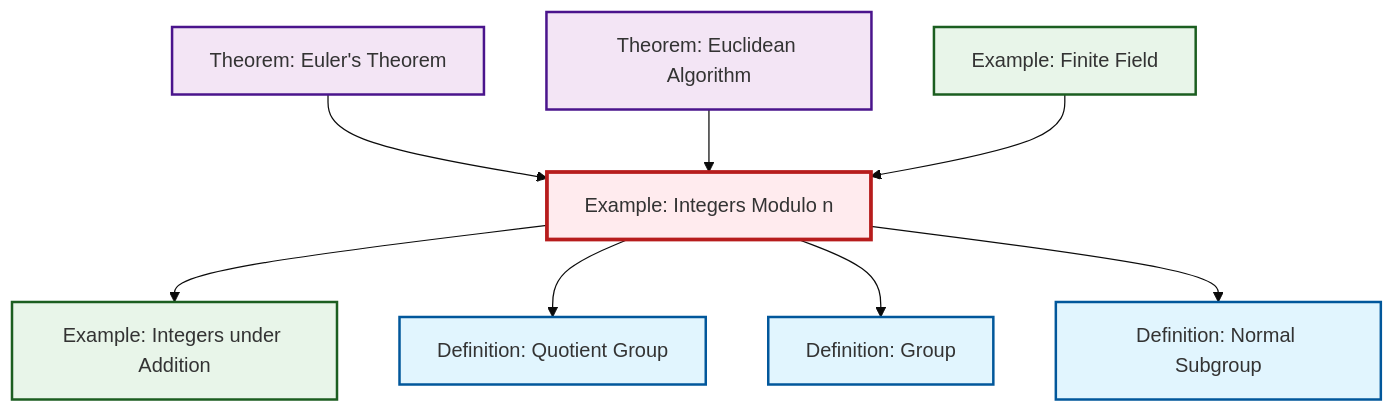
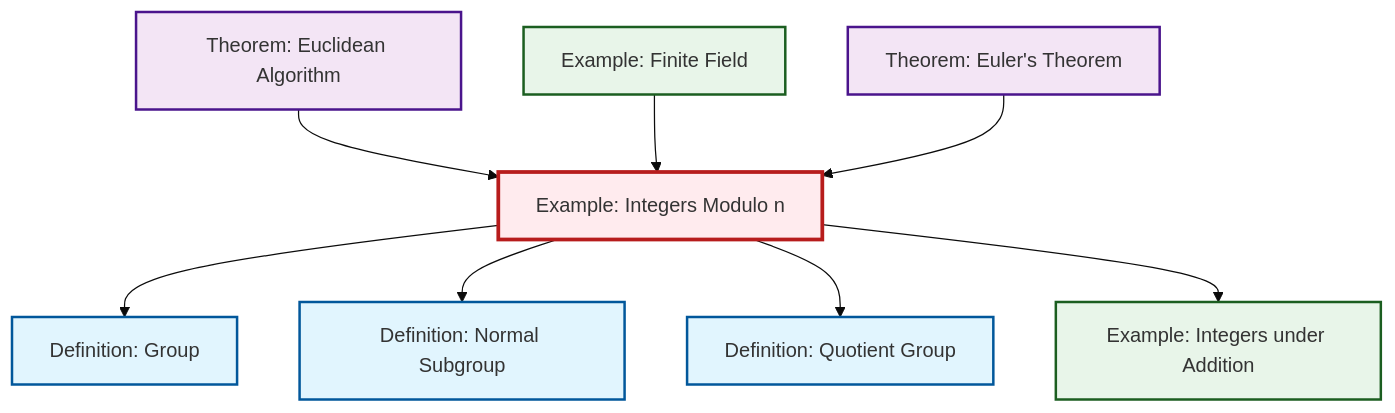
The diagram in content/ja/algebra/ex-quotient-integers-mod-n.qmd (RK0429/ModernMath), drawn with Mermaid (base theme) before and after one commit. The commit also changed other lines of this file and 530 other files, not shown here.

````diff
--- a/content/ja/algebra/ex-quotient-integers-mod-n.qmd
+++ b/content/ja/algebra/ex-quotient-integers-mod-n.qmd
@@ -116,32 +116,32 @@
 ```{mermaid}
 %%| fig-cap: "Local dependency graph"
 graph TD
     classDef definition fill:#e1f5fe,stroke:#01579b,stroke-width:2px
     classDef theorem fill:#f3e5f5,stroke:#4a148c,stroke-width:2px
     classDef axiom fill:#fff3e0,stroke:#e65100,stroke-width:2px
     classDef example fill:#e8f5e9,stroke:#1b5e20,stroke-width:2px
     classDef current fill:#ffebee,stroke:#b71c1c,stroke-width:3px
+    def-normal-subgroup["Definition: Normal Subgroup"]:::definition
+    ex-finite-field["Example: Finite Field"]:::example
+    thm-euler["Theorem: Euler's Theorem"]:::theorem
+    def-group["Definition: Group"]:::definition
+    ex-integers-addition["Example: Integers under Addition"]:::example
     def-quotient-group["Definition: Quotient Group"]:::definition
     thm-euclidean-algorithm["Theorem: Euclidean Algorithm"]:::theorem
-    def-normal-subgroup["Definition: Normal Subgroup"]:::definition
     ex-quotient-integers-mod-n["Example: Integers Modulo n"]:::example
-    ex-finite-field["Example: Finite Field"]:::example
-    def-group["Definition: Group"]:::definition
-    ex-integers-addition["Example: Integers under Addition"]:::example
-    thm-euler["Theorem: Euler's Theorem"]:::theorem
-    thm-euler --> ex-quotient-integers-mod-n
+    ex-quotient-integers-mod-n --> def-group
     thm-euclidean-algorithm --> ex-quotient-integers-mod-n
+    ex-quotient-integers-mod-n --> def-normal-subgroup
+    ex-quotient-integers-mod-n --> def-quotient-group
     ex-quotient-integers-mod-n --> ex-integers-addition
     ex-finite-field --> ex-quotient-integers-mod-n
-    ex-quotient-integers-mod-n --> def-quotient-group
-    ex-quotient-integers-mod-n --> def-group
-    ex-quotient-integers-mod-n --> def-normal-subgroup
+    thm-euler --> ex-quotient-integers-mod-n
     class ex-quotient-integers-mod-n current
+    click def-normal-subgroup "def-normal-subgroup.html" "Definition: Normal Subgroupへ"
+    click ex-finite-field "ex-finite-field.html" "Example: Finite Fieldへ"
+    click thm-euler "thm-euler.html" "Theorem: Euler's Theoremへ"
+    click def-group "def-group.html" "Definition: Groupへ"
+    click ex-integers-addition "ex-integers-addition.html" "Example: Integers under Additionへ"
     click def-quotient-group "def-quotient-group.html" "Definition: Quotient Groupへ"
     click thm-euclidean-algorithm "thm-euclidean-algorithm.html" "Theorem: Euclidean Algorithmへ"
-    click def-normal-subgroup "def-normal-subgroup.html" "Definition: Normal Subgroupへ"
-    click ex-finite-field "ex-finite-field.html" "Example: Finite Fieldへ"
-    click def-group "def-group.html" "Definition: Groupへ"
-    click ex-integers-addition "ex-integers-addition.html" "Example: Integers under Additionへ"
-    click thm-euler "thm-euler.html" "Theorem: Euler's Theoremへ"
 ```
````
